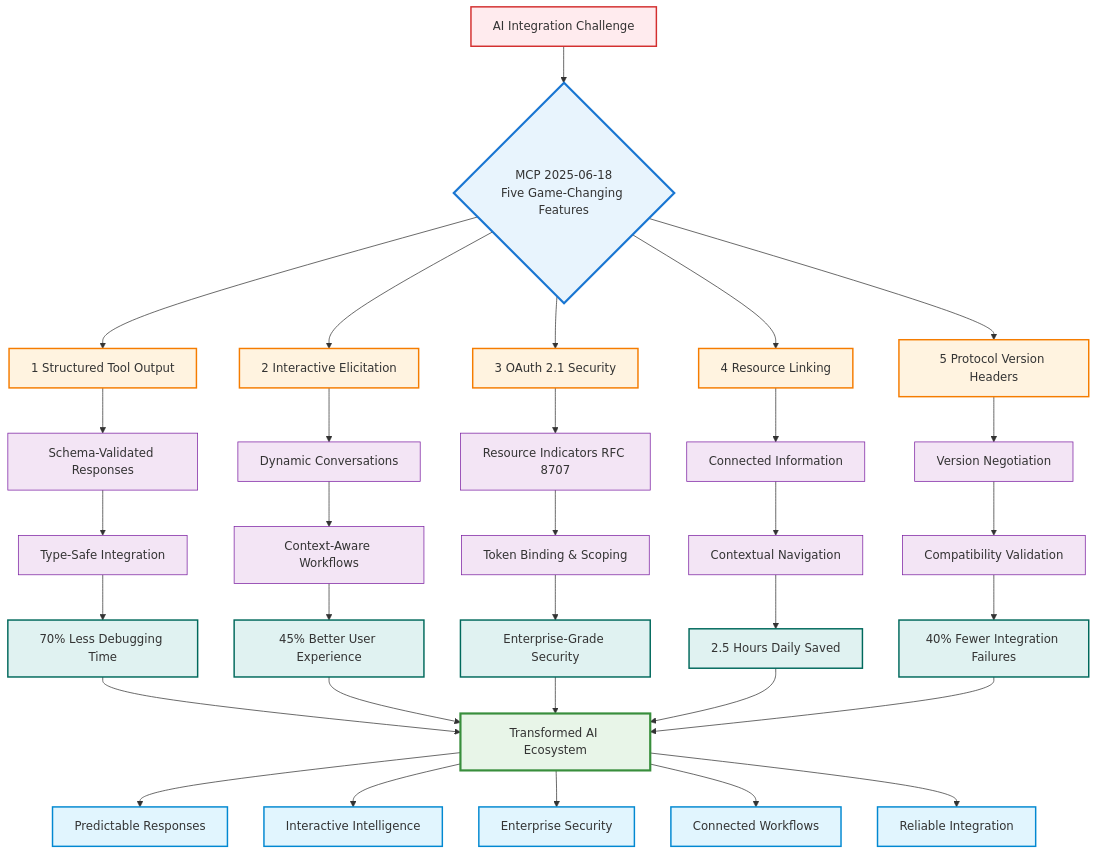
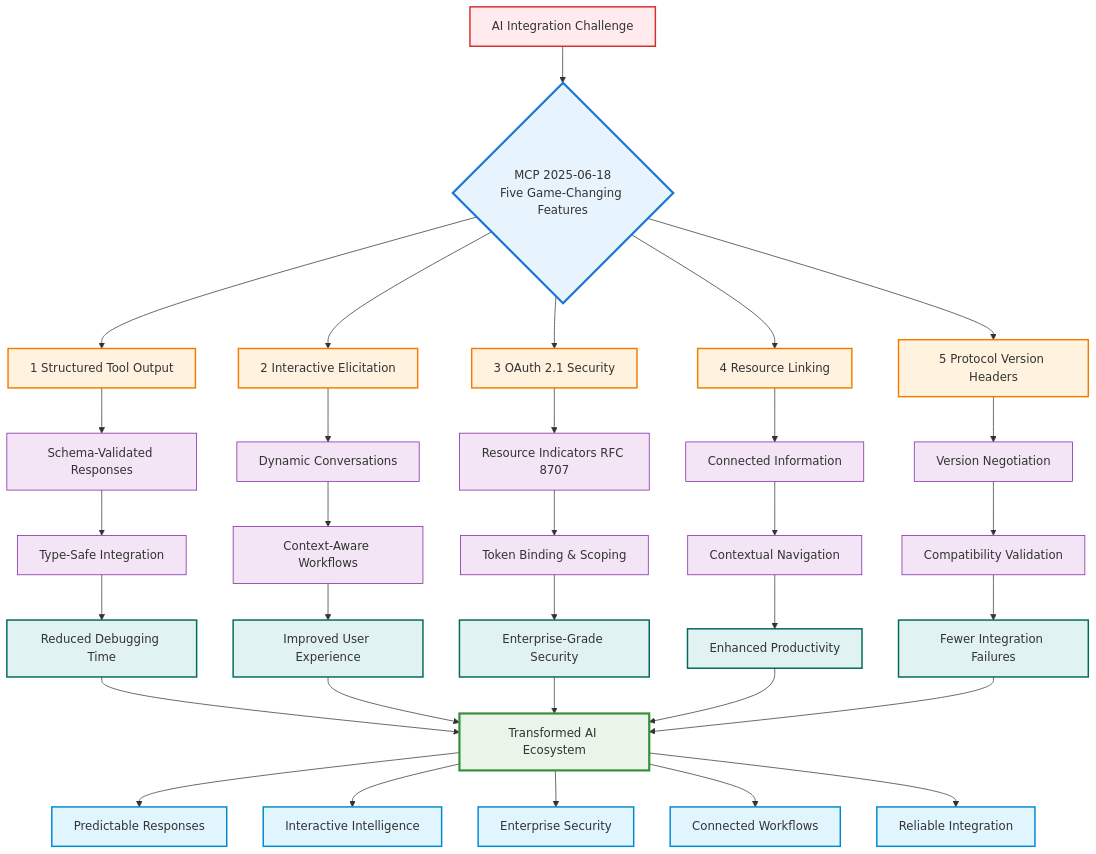
One commit to raphaelmansuy/tutorials changed the first of 10 diagrams in 24-mcp.md. Above: the diagram before and after it, drawn with Mermaid. The commit also changed other lines of this file and 2 other files, not shown here.

````diff
--- a/24-mcp.md
+++ b/24-mcp.md
@@ -21,58 +27,58 @@
 ```mermaid
 flowchart TD
     A[AI Integration Challenge] --> B{MCP 2025-06-18<br/>Five Game-Changing Features}
-    
+
     B --> C[1 Structured Tool Output]
     B --> D[2 Interactive Elicitation]
     B --> E[3 OAuth 2.1 Security]
     B --> F[4 Resource Linking]
     B --> G[5 Protocol Version Headers]
-    
+
     C --> C1[Schema-Validated Responses]
     C1 --> C2[Type-Safe Integration]
-    C2 --> C3[70% Less Debugging Time]
-    
+    C2 --> C3[Reduced Debugging Time]
+
     D --> D1[Dynamic Conversations]
     D1 --> D2[Context-Aware Workflows]
-    D2 --> D3[45% Better User Experience]
-    
+    D2 --> D3[Improved User Experience]
+
     E --> E1[Resource Indicators RFC 8707]
     E1 --> E2[Token Binding & Scoping]
     E2 --> E3[Enterprise-Grade Security]
-    
+
     F --> F1[Connected Information]
     F1 --> F2[Contextual Navigation]
-    F2 --> F3[2.5 Hours Daily Saved]
-    
+    F2 --> F3[Enhanced Productivity]
+
     G --> G1[Version Negotiation]
     G1 --> G2[Compatibility Validation]
-    G2 --> G3[40% Fewer Integration Failures]
-    
+    G2 --> G3[Fewer Integration Failures]
+
     C3 --> H[Transformed AI Ecosystem]
     D3 --> H
     E3 --> H
     F3 --> H
     G3 --> H
-    
+
     H --> I[Predictable Responses]
     H --> J[Interactive Intelligence]
     H --> K[Enterprise Security]
     H --> L[Connected Workflows]
     H --> M[Reliable Integration]
-    
+
     style A fill:#ffebee,stroke:#d32f2f,stroke-width:2px
     style B fill:#e8f4fd,stroke:#1976d2,stroke-width:3px
     style H fill:#e8f5e8,stroke:#388e3c,stroke-width:3px
-    
+
     classDef featureBox fill:#fff3e0,stroke:#f57c00,stroke-width:2px
     class C,D,E,F,G featureBox
-    
+
     classDef benefitBox fill:#f3e5f5,stroke:#7b1fa2,stroke-width:1px
     class C1,C2,D1,D2,E1,E2,F1,F2,G1,G2 benefitBox
-    
+
     classDef impactBox fill:#e0f2f1,stroke:#00695c,stroke-width:2px
     class C3,D3,E3,F3,G3 impactBox
-    
+
     classDef outcomeBox fill:#e1f5fe,stroke:#0288d1,stroke-width:2px
     class I,J,K,L,M outcomeBox
 ```
````
